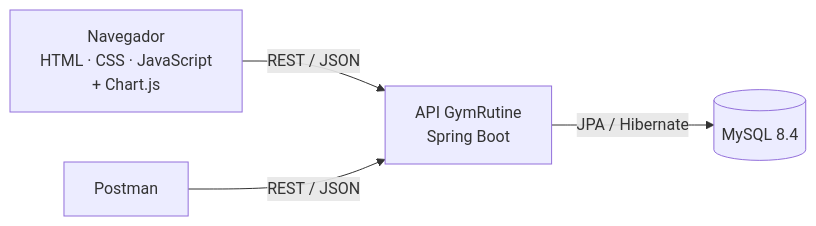
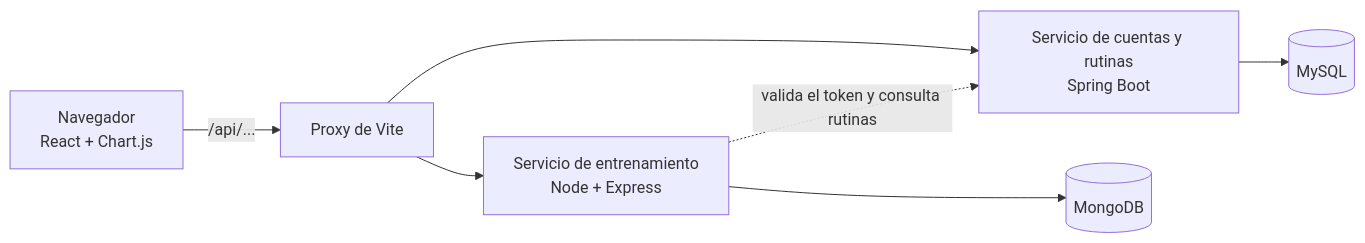
The diagram in README.md (rancesra/gymrutine), drawn with Mermaid before and after one commit. The commit also changed other lines of this file and 14 other files, not shown here.

````diff
--- a/README.md
+++ b/README.md
@@ -26,6 +28,9 @@
 ```mermaid
 graph LR
-    Nav["Navegador<br/>HTML · CSS · JavaScript<br/>+ Chart.js"] -->|"REST / JSON"| API["API GymRutine<br/>Spring Boot"]
-    API -->|"JPA / Hibernate"| DB[("MySQL 8.4")]
-    Postman["Postman"] -->|"REST / JSON"| API
+    Nav["Navegador<br/>React + Chart.js"] -->|"/api/..."| VT["Proxy de Vite"]
+    VT --> SP["Servicio de cuentas y rutinas<br/>Spring Boot"]
+    VT --> ND["Servicio de entrenamiento<br/>Node + Express"]
+    SP --> MY[("MySQL")]
+    ND --> MG[("MongoDB")]
+    ND -.->|"valida el token y consulta rutinas"| SP
 ```
````
